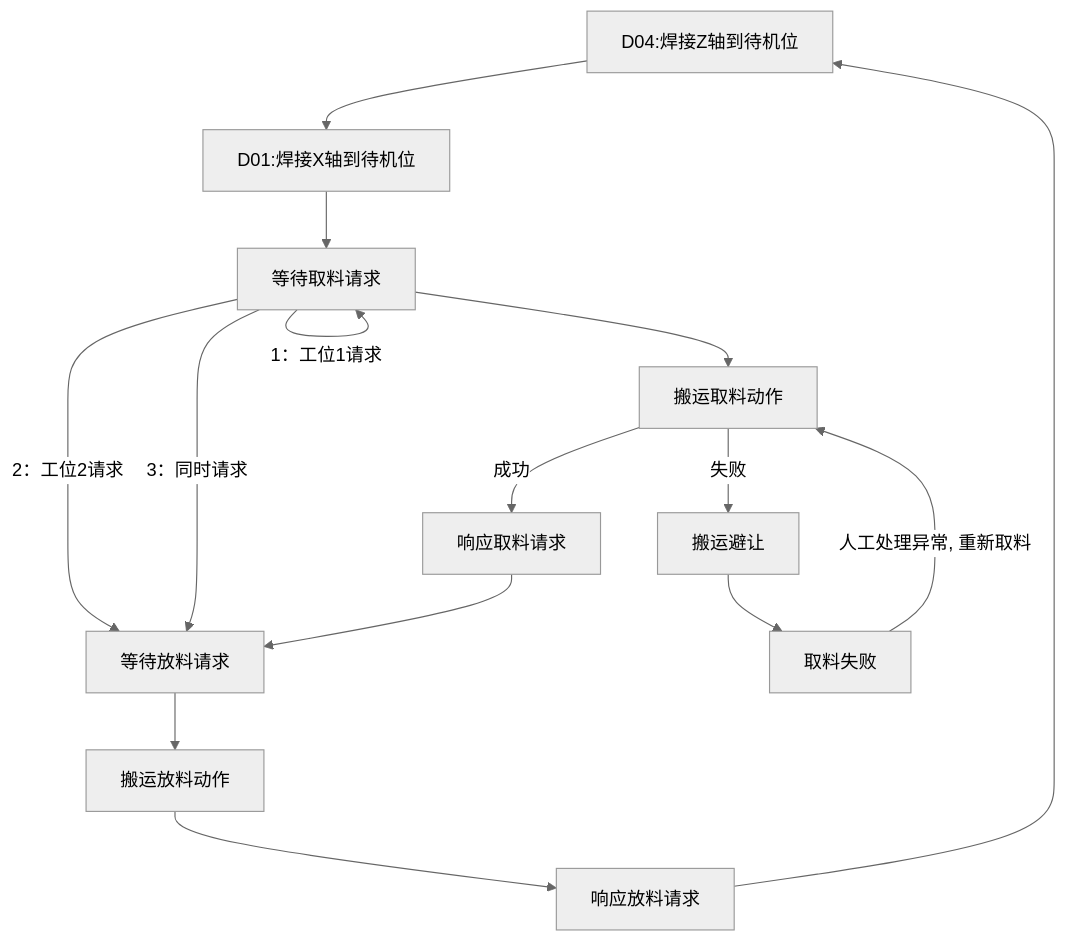
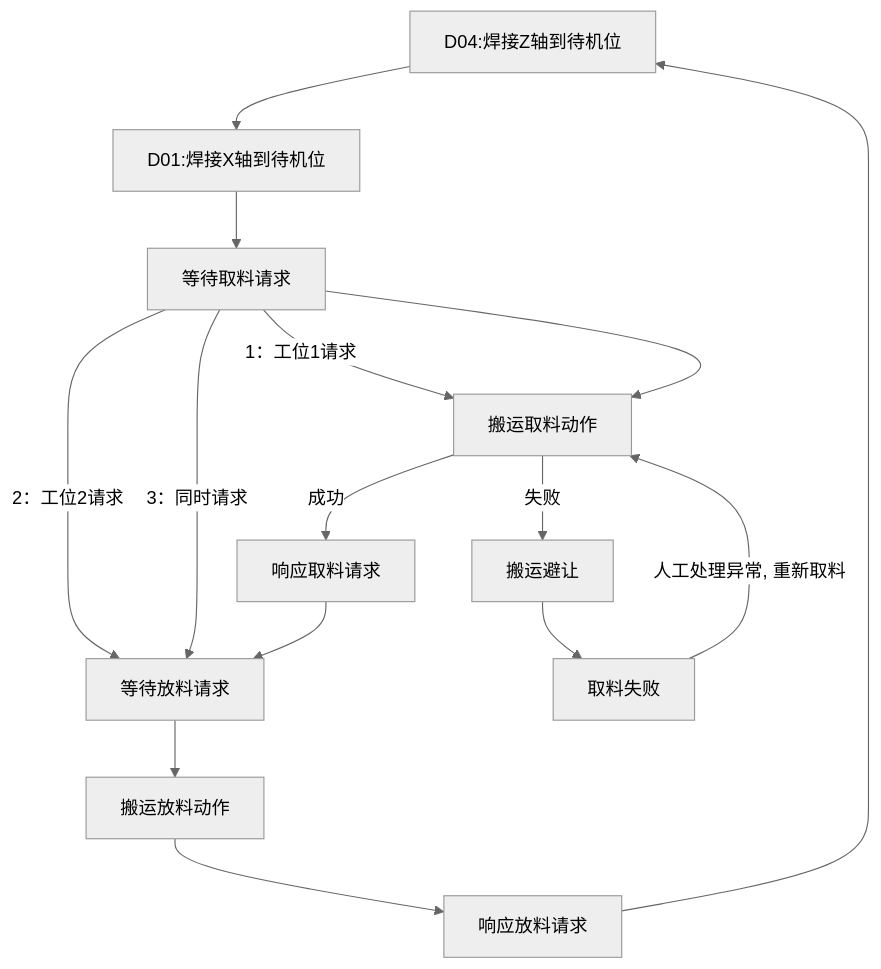
Before and after one commit to PengKun1/iodraw-files: the diagram in all/OP10焊接工位自动流程.md, drawn with Mermaid (neutral theme).

Commit message:
2024-08-06 16:54:11 update

````diff
--- a/all/OP10焊接工位自动流程.md
+++ b/all/OP10焊接工位自动流程.md
@@ -1,21 +1,19 @@
 ```mermaid
 graph TD
 10[D04:焊接Z轴到待机位]-->20
 20[D01:焊接X轴到待机位]-->30
-30{等待请求焊接信号}-->|1：工位1请求|30
+30{等待请求焊接信号}-->|1：工位1请求|40
 30-->|2：工位2请求|60
 30-->|3：同时请求|60
-
-
 30[等待取料请求]-->40
 40[搬运取料动作]-->|成功|50
 40-->|失败|90
 50[响应取料请求]-->60
 60[等待放料请求]-->70
 70[搬运放料动作]-->80
 80[响应放料请求]-->10
 
 90[搬运避让]-->900
 
 900[取料失败]-->|人工处理异常, 重新取料|40
 ```
````
